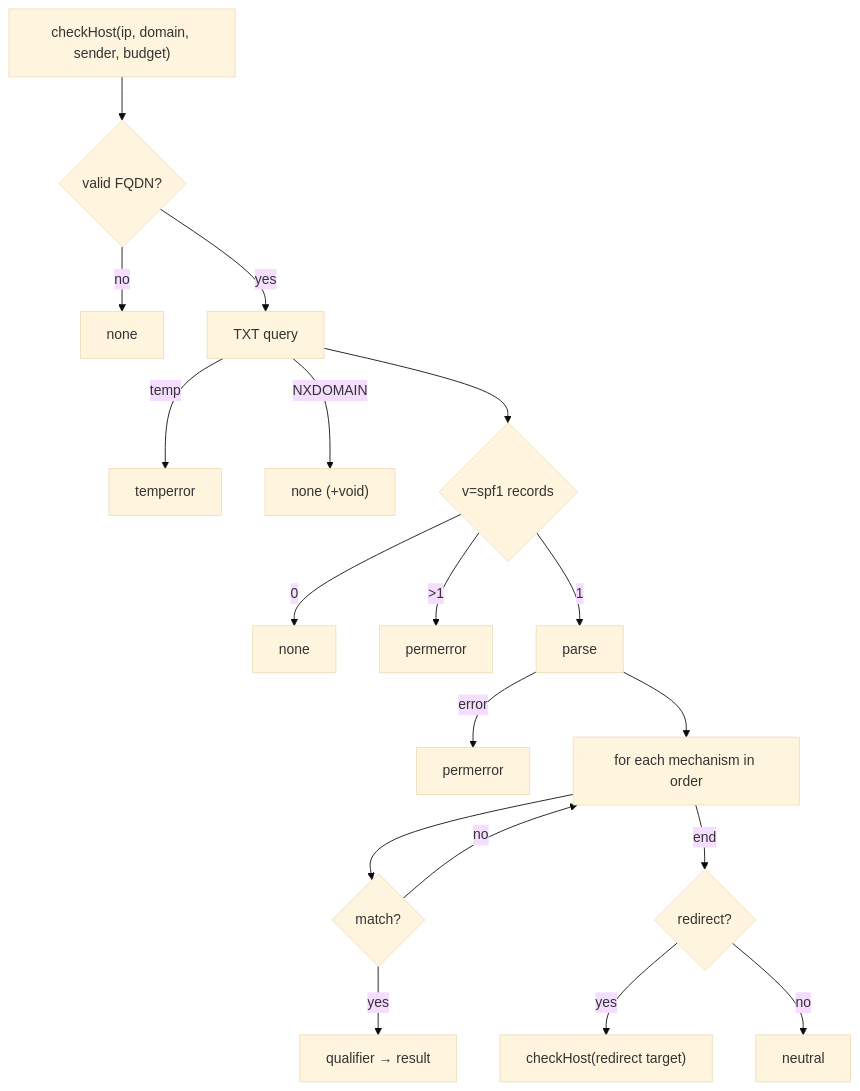
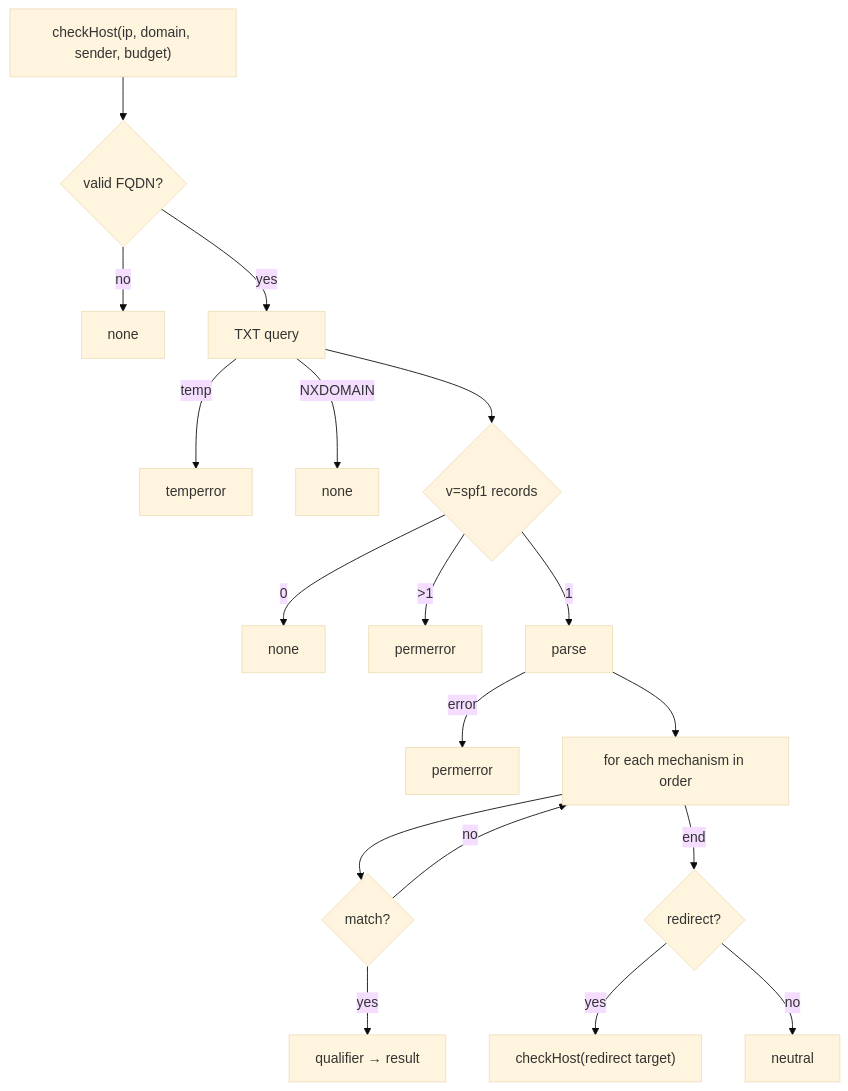
Before and after one commit to photom/benchside: the second of 3 diagrams in docs/explanation/mail-design/spf.md, drawn with Mermaid (base theme). The commit also changed other lines of this file and 5 other files, not shown here.

````diff
--- a/docs/explanation/mail-design/spf.md
+++ b/docs/explanation/mail-design/spf.md
@@ -51,20 +61,20 @@
 ```mermaid
 flowchart TD
   start["checkHost(ip, domain, sender, budget)"] --> v{valid FQDN?}
   v -->|no| none1[none]
   v -->|yes| q[TXT query]
   q -->|temp| te[temperror]
-  q -->|NXDOMAIN| none2["none (+void)"]
+  q -->|NXDOMAIN| none2["none"]
   q --> sel{v=spf1 records}
   sel -->|0| none3[none]
   sel -->|">1"| pe1[permerror]
   sel -->|1| parse[parse]
   parse -->|error| pe2[permerror]
   parse --> loop[for each mechanism in order]
   loop --> m{match?}
   m -->|yes| res[qualifier → result]
   m -->|no| loop
   loop -->|end| red{redirect?}
   red -->|yes| rec["checkHost(redirect target)"]
   red -->|no| neu[neutral]
 ```
````
